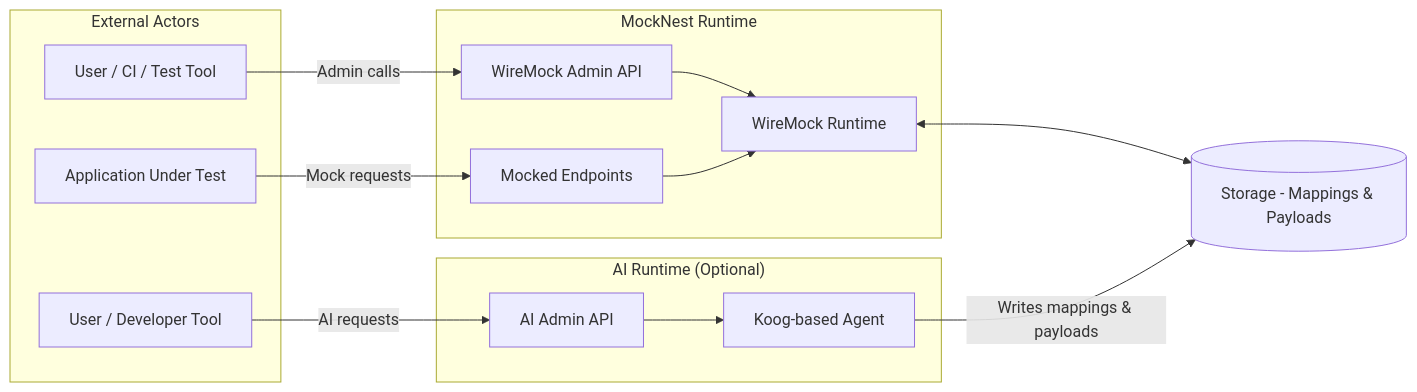
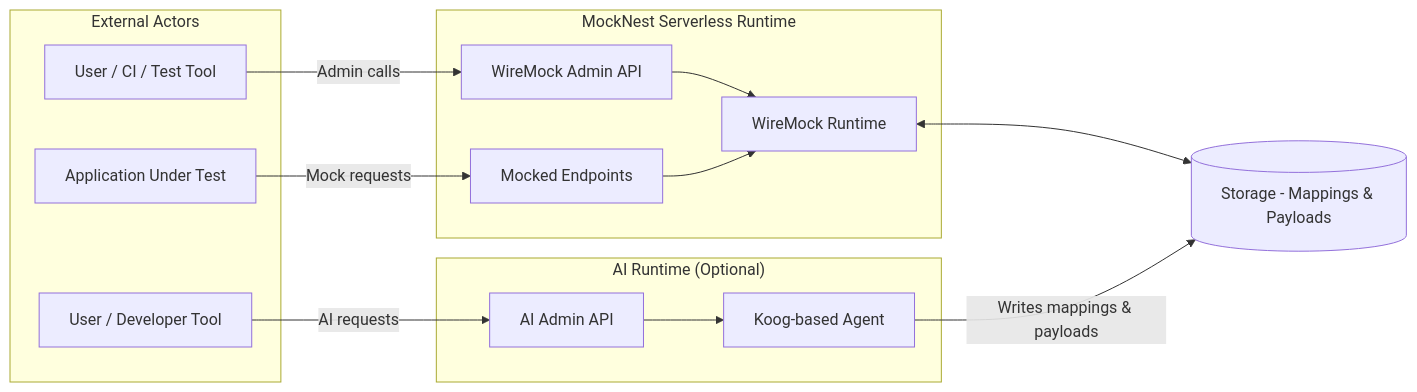
The first of 2 diagrams in .kiro/steering/02-architecture.md (elenavanengelenmaslova/mocknest-serverless), drawn with Mermaid before and after one commit. The commit also changed other lines of this file and 4 other files, not shown here.

Commit message:
rename MockNest to MockNest Serverless

````diff
--- a/.kiro/steering/02-architecture.md
+++ b/.kiro/steering/02-architecture.md
@@ -20,31 +20,31 @@
 ```mermaid
 flowchart LR
     subgraph Actors["External Actors"]
         USER[User / CI / Test Tool]
         AIUSER[User / Developer Tool]
         APP[Application Under Test]
     end
 
-    subgraph Runtime["MockNest Runtime"]
+    subgraph Runtime["MockNest Serverless Runtime"]
         ADMIN[WireMock Admin API]
         MOCKS[Mocked Endpoints]
         WM[WireMock Runtime]
         
         ADMIN --> WM
         MOCKS --> WM
     end
 
     subgraph AIRuntime["AI Runtime (Optional)"]
         AIADMIN[AI Admin API]
         AGENT[Koog-based Agent]
         AIADMIN --> AGENT
     end
 
     STORE[(Storage - Mappings & Payloads)]
 
     USER -->|Admin calls| ADMIN
     APP -->|Mock requests| MOCKS
     AIUSER -->|AI requests| AIADMIN
     WM <--> STORE
     AGENT -->|Writes mappings & payloads| STORE
 ```
````
